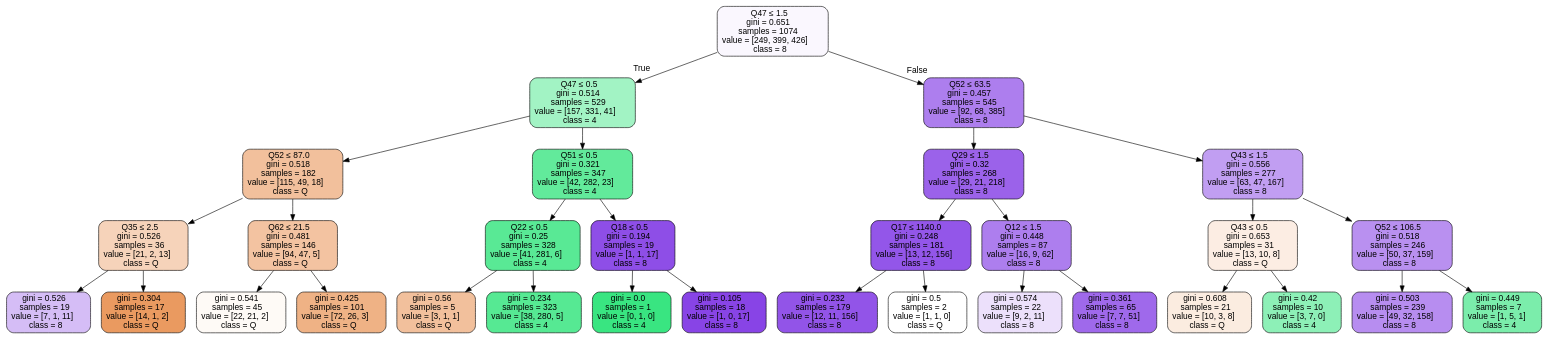
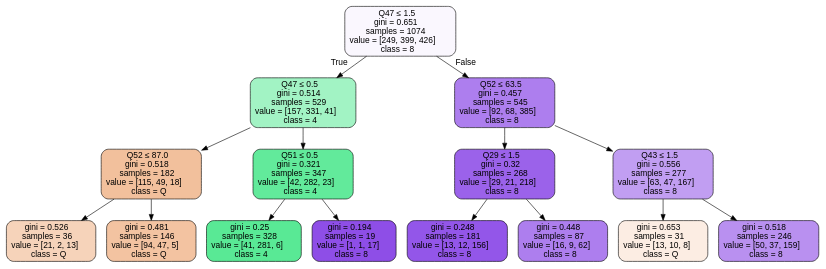
The diagram in diseases_Gini2.dot (MatejMarko/medical_dataset_project), drawn with Graphviz before and after one commit. The commit also changed 2 other files, not shown here.

```diff
--- a/diseases_Gini2.dot
+++ b/diseases_Gini2.dot
@@ -1,65 +1,33 @@
 digraph Tree {
 node [shape=box, style="filled, rounded", color="black", fontname=helvetica] ;
 edge [fontname=helvetica] ;
 0 [label=<Q47 &le; 1.5<br/>gini = 0.651<br/>samples = 1074<br/>value = [249, 399, 426]<br/>class = 8>, fillcolor="#8139e50a"] ;
 1 [label=<Q47 &le; 0.5<br/>gini = 0.514<br/>samples = 529<br/>value = [157, 331, 41]<br/>class = 4>, fillcolor="#39e58177"] ;
 0 -> 1 [labeldistance=2.5, labelangle=45, headlabel="True"] ;
 2 [label=<Q52 &le; 87.0<br/>gini = 0.518<br/>samples = 182<br/>value = [115, 49, 18]<br/>class = Q>, fillcolor="#e581397f"] ;
 1 -> 2 ;
-3 [label=<Q35 &le; 2.5<br/>gini = 0.526<br/>samples = 36<br/>value = [21, 2, 13]<br/>class = Q>, fillcolor="#e5813959"] ;
+3 [label=<gini = 0.526<br/>samples = 36<br/>value = [21, 2, 13]<br/>class = Q>, fillcolor="#e5813959"] ;
 2 -> 3 ;
-4 [label=<gini = 0.526<br/>samples = 19<br/>value = [7, 1, 11]<br/>class = 8>, fillcolor="#8139e555"] ;
-3 -> 4 ;
-5 [label=<gini = 0.304<br/>samples = 17<br/>value = [14, 1, 2]<br/>class = Q>, fillcolor="#e58139cc"] ;
-3 -> 5 ;
-6 [label=<Q62 &le; 21.5<br/>gini = 0.481<br/>samples = 146<br/>value = [94, 47, 5]<br/>class = Q>, fillcolor="#e5813979"] ;
-2 -> 6 ;
-7 [label=<gini = 0.541<br/>samples = 45<br/>value = [22, 21, 2]<br/>class = Q>, fillcolor="#e581390b"] ;
-6 -> 7 ;
-8 [label=<gini = 0.425<br/>samples = 101<br/>value = [72, 26, 3]<br/>class = Q>, fillcolor="#e581399c"] ;
-6 -> 8 ;
-9 [label=<Q51 &le; 0.5<br/>gini = 0.321<br/>samples = 347<br/>value = [42, 282, 23]<br/>class = 4>, fillcolor="#39e581c9"] ;
-1 -> 9 ;
-10 [label=<Q22 &le; 0.5<br/>gini = 0.25<br/>samples = 328<br/>value = [41, 281, 6]<br/>class = 4>, fillcolor="#39e581d5"] ;
+4 [label=<gini = 0.481<br/>samples = 146<br/>value = [94, 47, 5]<br/>class = Q>, fillcolor="#e5813979"] ;
+2 -> 4 ;
+5 [label=<Q51 &le; 0.5<br/>gini = 0.321<br/>samples = 347<br/>value = [42, 282, 23]<br/>class = 4>, fillcolor="#39e581c9"] ;
+1 -> 5 ;
+6 [label=<gini = 0.25<br/>samples = 328<br/>value = [41, 281, 6]<br/>class = 4>, fillcolor="#39e581d5"] ;
+5 -> 6 ;
+7 [label=<gini = 0.194<br/>samples = 19<br/>value = [1, 1, 17]<br/>class = 8>, fillcolor="#8139e5e3"] ;
+5 -> 7 ;
+8 [label=<Q52 &le; 63.5<br/>gini = 0.457<br/>samples = 545<br/>value = [92, 68, 385]<br/>class = 8>, fillcolor="#8139e5a5"] ;
+0 -> 8 [labeldistance=2.5, labelangle=-45, headlabel="False"] ;
+9 [label=<Q29 &le; 1.5<br/>gini = 0.32<br/>samples = 268<br/>value = [29, 21, 218]<br/>class = 8>, fillcolor="#8139e5ca"] ;
+8 -> 9 ;
+10 [label=<gini = 0.248<br/>samples = 181<br/>value = [13, 12, 156]<br/>class = 8>, fillcolor="#8139e5d9"] ;
 9 -> 10 ;
-11 [label=<gini = 0.56<br/>samples = 5<br/>value = [3, 1, 1]<br/>class = Q>, fillcolor="#e581397f"] ;
-10 -> 11 ;
-12 [label=<gini = 0.234<br/>samples = 323<br/>value = [38, 280, 5]<br/>class = 4>, fillcolor="#39e581d9"] ;
-10 -> 12 ;
-13 [label=<Q18 &le; 0.5<br/>gini = 0.194<br/>samples = 19<br/>value = [1, 1, 17]<br/>class = 8>, fillcolor="#8139e5e3"] ;
-9 -> 13 ;
-14 [label=<gini = 0.0<br/>samples = 1<br/>value = [0, 1, 0]<br/>class = 4>, fillcolor="#39e581ff"] ;
-13 -> 14 ;
-15 [label=<gini = 0.105<br/>samples = 18<br/>value = [1, 0, 17]<br/>class = 8>, fillcolor="#8139e5f0"] ;
-13 -> 15 ;
-16 [label=<Q52 &le; 63.5<br/>gini = 0.457<br/>samples = 545<br/>value = [92, 68, 385]<br/>class = 8>, fillcolor="#8139e5a5"] ;
-0 -> 16 [labeldistance=2.5, labelangle=-45, headlabel="False"] ;
-17 [label=<Q29 &le; 1.5<br/>gini = 0.32<br/>samples = 268<br/>value = [29, 21, 218]<br/>class = 8>, fillcolor="#8139e5ca"] ;
-16 -> 17 ;
-18 [label=<Q17 &le; 1140.0<br/>gini = 0.248<br/>samples = 181<br/>value = [13, 12, 156]<br/>class = 8>, fillcolor="#8139e5d9"] ;
-17 -> 18 ;
-19 [label=<gini = 0.232<br/>samples = 179<br/>value = [12, 11, 156]<br/>class = 8>, fillcolor="#8139e5dc"] ;
-18 -> 19 ;
-20 [label=<gini = 0.5<br/>samples = 2<br/>value = [1, 1, 0]<br/>class = Q>, fillcolor="#e5813900"] ;
-18 -> 20 ;
-21 [label=<Q12 &le; 1.5<br/>gini = 0.448<br/>samples = 87<br/>value = [16, 9, 62]<br/>class = 8>, fillcolor="#8139e5a5"] ;
-17 -> 21 ;
-22 [label=<gini = 0.574<br/>samples = 22<br/>value = [9, 2, 11]<br/>class = 8>, fillcolor="#8139e527"] ;
-21 -> 22 ;
-23 [label=<gini = 0.361<br/>samples = 65<br/>value = [7, 7, 51]<br/>class = 8>, fillcolor="#8139e5c1"] ;
-21 -> 23 ;
-24 [label=<Q43 &le; 1.5<br/>gini = 0.556<br/>samples = 277<br/>value = [63, 47, 167]<br/>class = 8>, fillcolor="#8139e57c"] ;
-16 -> 24 ;
-25 [label=<Q43 &le; 0.5<br/>gini = 0.653<br/>samples = 31<br/>value = [13, 10, 8]<br/>class = Q>, fillcolor="#e5813924"] ;
-24 -> 25 ;
-26 [label=<gini = 0.608<br/>samples = 21<br/>value = [10, 3, 8]<br/>class = Q>, fillcolor="#e5813927"] ;
-25 -> 26 ;
-27 [label=<gini = 0.42<br/>samples = 10<br/>value = [3, 7, 0]<br/>class = 4>, fillcolor="#39e58192"] ;
-25 -> 27 ;
-28 [label=<Q52 &le; 106.5<br/>gini = 0.518<br/>samples = 246<br/>value = [50, 37, 159]<br/>class = 8>, fillcolor="#8139e58e"] ;
-24 -> 28 ;
-29 [label=<gini = 0.503<br/>samples = 239<br/>value = [49, 32, 158]<br/>class = 8>, fillcolor="#8139e592"] ;
-28 -> 29 ;
-30 [label=<gini = 0.449<br/>samples = 7<br/>value = [1, 5, 1]<br/>class = 4>, fillcolor="#39e581aa"] ;
-28 -> 30 ;
+11 [label=<gini = 0.448<br/>samples = 87<br/>value = [16, 9, 62]<br/>class = 8>, fillcolor="#8139e5a5"] ;
+9 -> 11 ;
+12 [label=<Q43 &le; 1.5<br/>gini = 0.556<br/>samples = 277<br/>value = [63, 47, 167]<br/>class = 8>, fillcolor="#8139e57c"] ;
+8 -> 12 ;
+13 [label=<gini = 0.653<br/>samples = 31<br/>value = [13, 10, 8]<br/>class = Q>, fillcolor="#e5813924"] ;
+12 -> 13 ;
+14 [label=<gini = 0.518<br/>samples = 246<br/>value = [50, 37, 159]<br/>class = 8>, fillcolor="#8139e58e"] ;
+12 -> 14 ;
 }
```
